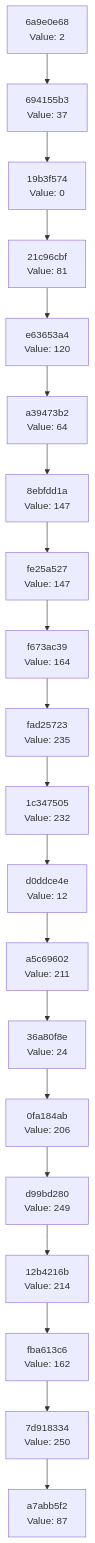
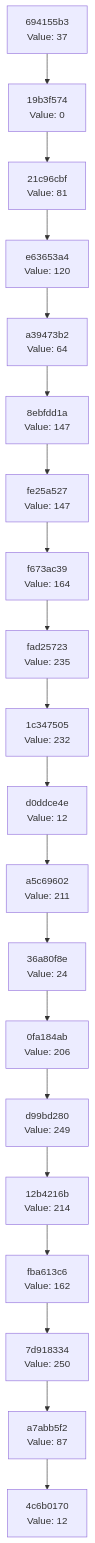
The diagram in docs/CHAIN_VISUALIZATION.md (Abhisheksinha1506/hash-chain-evolver), drawn with Mermaid before and after one commit. The commit also changed 3 other files, not shown here.

````diff
--- a/docs/CHAIN_VISUALIZATION.md
+++ b/docs/CHAIN_VISUALIZATION.md
@@ -3,42 +3,42 @@
 ```mermaid
 graph TD
-    C0["a7abb5f2<br/>Value: 87"]
-    C1["7d918334<br/>Value: 250"]
+    C0["4c6b0170<br/>Value: 12"]
+    C1["a7abb5f2<br/>Value: 87"]
     C1 --> C0
-    C2["fba613c6<br/>Value: 162"]
+    C2["7d918334<br/>Value: 250"]
     C2 --> C1
-    C3["12b4216b<br/>Value: 214"]
+    C3["fba613c6<br/>Value: 162"]
     C3 --> C2
-    C4["d99bd280<br/>Value: 249"]
+    C4["12b4216b<br/>Value: 214"]
     C4 --> C3
-    C5["0fa184ab<br/>Value: 206"]
+    C5["d99bd280<br/>Value: 249"]
     C5 --> C4
-    C6["36a80f8e<br/>Value: 24"]
+    C6["0fa184ab<br/>Value: 206"]
     C6 --> C5
-    C7["a5c69602<br/>Value: 211"]
+    C7["36a80f8e<br/>Value: 24"]
     C7 --> C6
-    C8["d0ddce4e<br/>Value: 12"]
+    C8["a5c69602<br/>Value: 211"]
     C8 --> C7
-    C9["1c347505<br/>Value: 232"]
+    C9["d0ddce4e<br/>Value: 12"]
     C9 --> C8
-    C10["fad25723<br/>Value: 235"]
+    C10["1c347505<br/>Value: 232"]
     C10 --> C9
-    C11["f673ac39<br/>Value: 164"]
+    C11["fad25723<br/>Value: 235"]
     C11 --> C10
-    C12["fe25a527<br/>Value: 147"]
+    C12["f673ac39<br/>Value: 164"]
     C12 --> C11
-    C13["8ebfdd1a<br/>Value: 147"]
+    C13["fe25a527<br/>Value: 147"]
     C13 --> C12
-    C14["a39473b2<br/>Value: 64"]
+    C14["8ebfdd1a<br/>Value: 147"]
     C14 --> C13
-    C15["e63653a4<br/>Value: 120"]
+    C15["a39473b2<br/>Value: 64"]
     C15 --> C14
-    C16["21c96cbf<br/>Value: 81"]
+    C16["e63653a4<br/>Value: 120"]
     C16 --> C15
-    C17["19b3f574<br/>Value: 0"]
+    C17["21c96cbf<br/>Value: 81"]
     C17 --> C16
-    C18["694155b3<br/>Value: 37"]
+    C18["19b3f574<br/>Value: 0"]
     C18 --> C17
-    C19["6a9e0e68<br/>Value: 2"]
+    C19["694155b3<br/>Value: 37"]
     C19 --> C18
 ```
````
